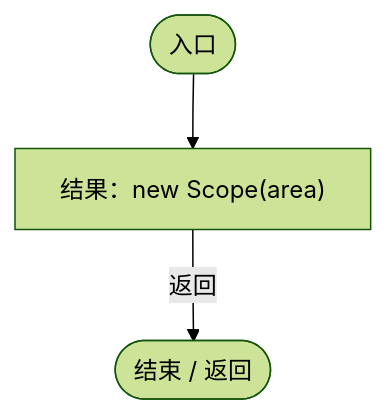
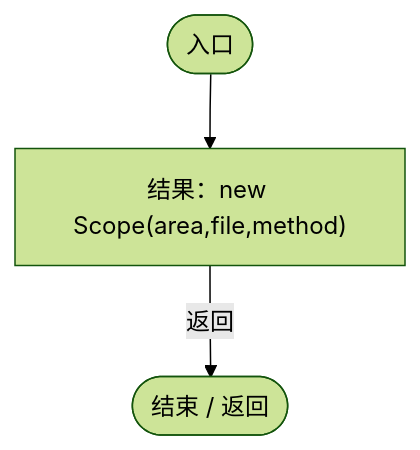
Before and after one commit to xhs6666/Darwin_paradise: the fifth of 17 diagrams in Docs/运行流程图/脚本/a8403a4c7503726d.md, drawn with Mermaid (forest theme). The commit also changed other lines of this file and 150 other files, not shown here.

````diff
--- a/Docs/运行流程图/脚本/a8403a4c7503726d.md
+++ b/Docs/运行流程图/脚本/a8403a4c7503726d.md
@@ -122,9 +133,9 @@
 ```mermaid
 flowchart TD
   b0(["入口"])
-  b1["结果：new Scope(area)"]
+  b1["结果：new Scope(area,file,method)"]
   b2(["结束 / 返回"])
   b0 --> b1
   b1 -->|"返回"| b2
 
 ```
````
